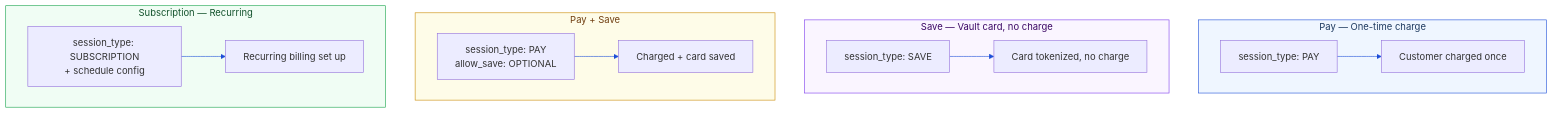
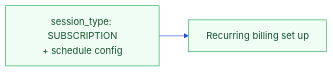
The fourth of 4 diagrams in content/10-payment-flows.md (sabiqovsky/clm-components-guide), drawn with Mermaid before and after one commit. The commit also changed other lines of this file and 3 other files, not shown here.

First line of the commit message:
fix: split multi-subgraph diagrams, fix dark bg via JS post-render

````diff
--- a/content/10-payment-flows.md
+++ b/content/10-payment-flows.md
@@ -7,25 +39,7 @@
 ```mermaid
 %%{init: {"theme": "default", "themeVariables": {"background": "#ffffff", "primaryColor": "#eff6ff", "primaryBorderColor": "#1d4ed8", "primaryTextColor": "#1e3a5f", "lineColor": "#1d4ed8", "edgeLabelBackground": "#ffffff", "fontSize": "16px"}}}%%
-flowchart TD
-    subgraph PAY["Pay — One-time charge"]
-        direction LR
-        P1["session_type: PAY"] --> P2["Customer charged once"]
-    end
-    subgraph SAVE["Save — Vault card, no charge"]
-        direction LR
-        S1["session_type: SAVE"] --> S2["Card tokenized, no charge"]
-    end
-    subgraph PAYSAVE["Pay + Save"]
-        direction LR
-        PS1["session_type: PAY\nallow_save: OPTIONAL"] --> PS2["Charged + card saved"]
-    end
-    subgraph SUB["Subscription — Recurring"]
-        direction LR
-        SB1["session_type: SUBSCRIPTION\n+ schedule config"] --> SB2["Recurring billing set up"]
-    end
-
-    style PAY fill:#eff6ff,stroke:#1d4ed8,color:#1e3a5f
-    style SAVE fill:#faf5ff,stroke:#7c3aed,color:#3b0764
-    style PAYSAVE fill:#fefce8,stroke:#ca8a04,color:#713f12
-    style SUB fill:#f0fdf4,stroke:#16a34a,color:#14532d
+flowchart LR
+    SB1["session_type: SUBSCRIPTION\n+ schedule config"] --> SB2["Recurring billing set up"]
+    style SB1 fill:#f0fdf4,stroke:#16a34a,color:#14532d
+    style SB2 fill:#f0fdf4,stroke:#16a34a,color:#14532d
 ```
````
